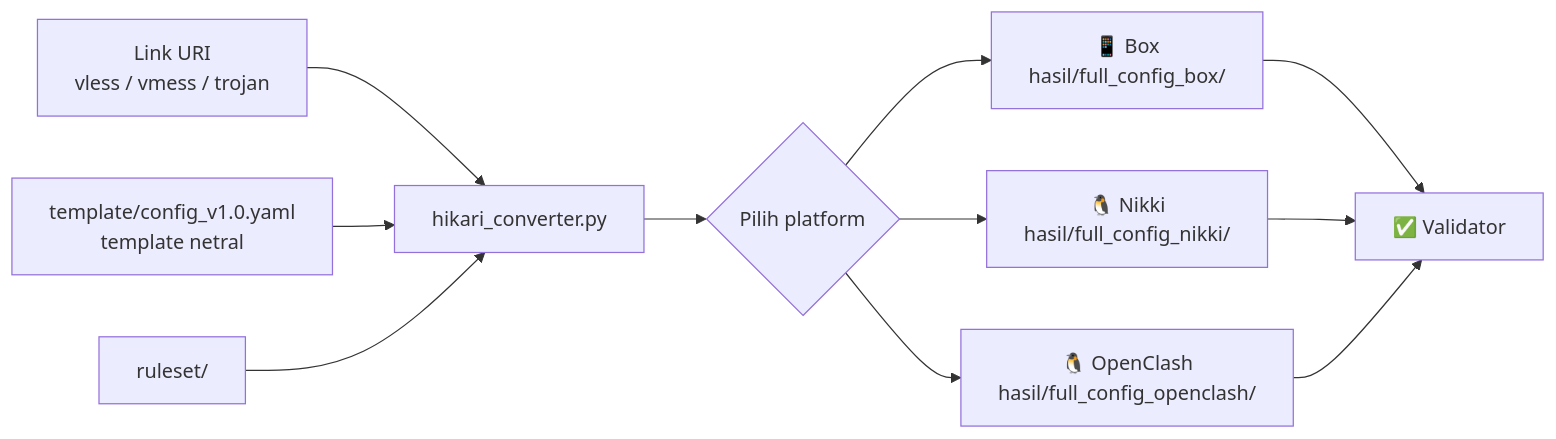
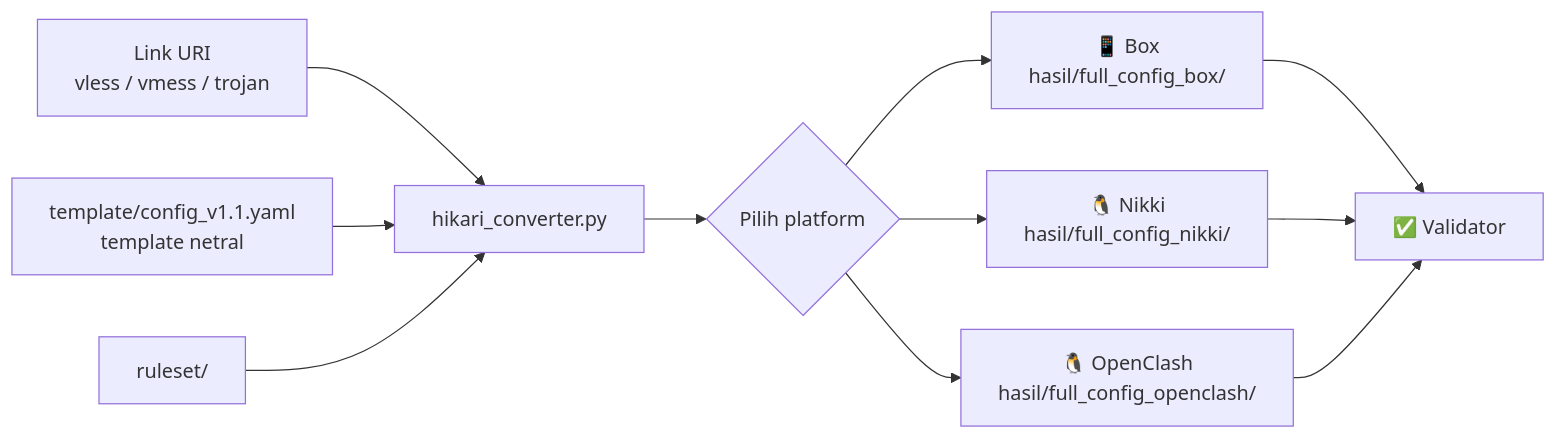
Before and after one commit to nexterade/hikari-clash: the diagram in README.md, drawn with Mermaid. The commit also changed other lines of this file and 4 other files, not shown here.

````diff
--- a/README.md
+++ b/README.md
@@ -97,13 +97,13 @@
 ```mermaid
 flowchart LR
     A[Link URI<br/>vless / vmess / trojan] --> B[hikari_converter.py]
-    T[template/config_v1.0.yaml<br/>template netral] --> B
+    T[template/config_v1.1.yaml<br/>template netral] --> B
     R[ruleset/] --> B
     B --> P{Pilih platform}
     P --> X[📱 Box<br/>hasil/full_config_box/]
     P --> Y[🐧 Nikki<br/>hasil/full_config_nikki/]
     P --> Z[🐧 OpenClash<br/>hasil/full_config_openclash/]
     X --> V[✅ Validator]
     Y --> V
     Z --> V
 ```
````
